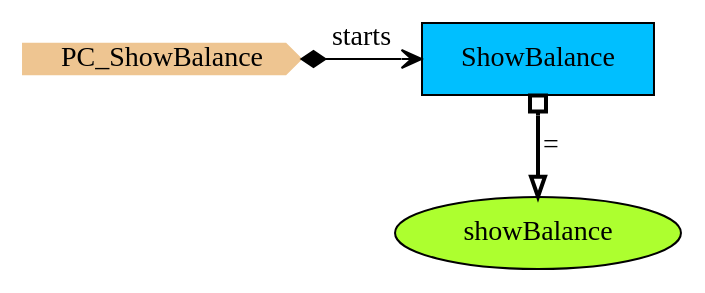
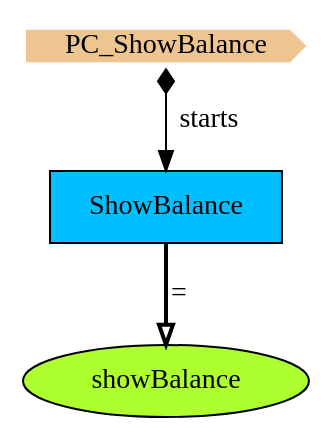
One commit to namalio/Fragmenta changed the diagram in Haskell/PCs/Examples/img/PC_ShowBalance.gv. Above: the diagram before and after it, drawn with Graphviz. The commit also changed 30 other files, not shown here.

```diff
--- a/Haskell/PCs/Examples/img/PC_ShowBalance.gv
+++ b/Haskell/PCs/Examples/img/PC_ShowBalance.gv
@@ -1,10 +1,8 @@
 digraph {
 StartN_ [shape = cds,color=burlywood2,style=filled,height=.2,width=.2, label =PC_ShowBalance];
 showBalance [shape=ellipse,fillcolor=greenyellow,style = filled,label="showBalance"];
 ShowBalance [shape=box,fillcolor=deepskyblue,style = filled,label="ShowBalance "];
 
-{rank=min;StartN_,ShowBalance}
-
-StartN_->ShowBalance[arrowhead="open",arrowtail=diamond,dir=both,label="starts"];
-ShowBalance->showBalance[arrowhead="onormal",dir=both,arrowtail=obox,penwidth=2,label="="];
+StartN_->ShowBalance[arrowtail=diamond,dir=both,label="starts"];
+ShowBalance->showBalance[arrowhead="onormal",penwidth=2,label="="];
 }
```
